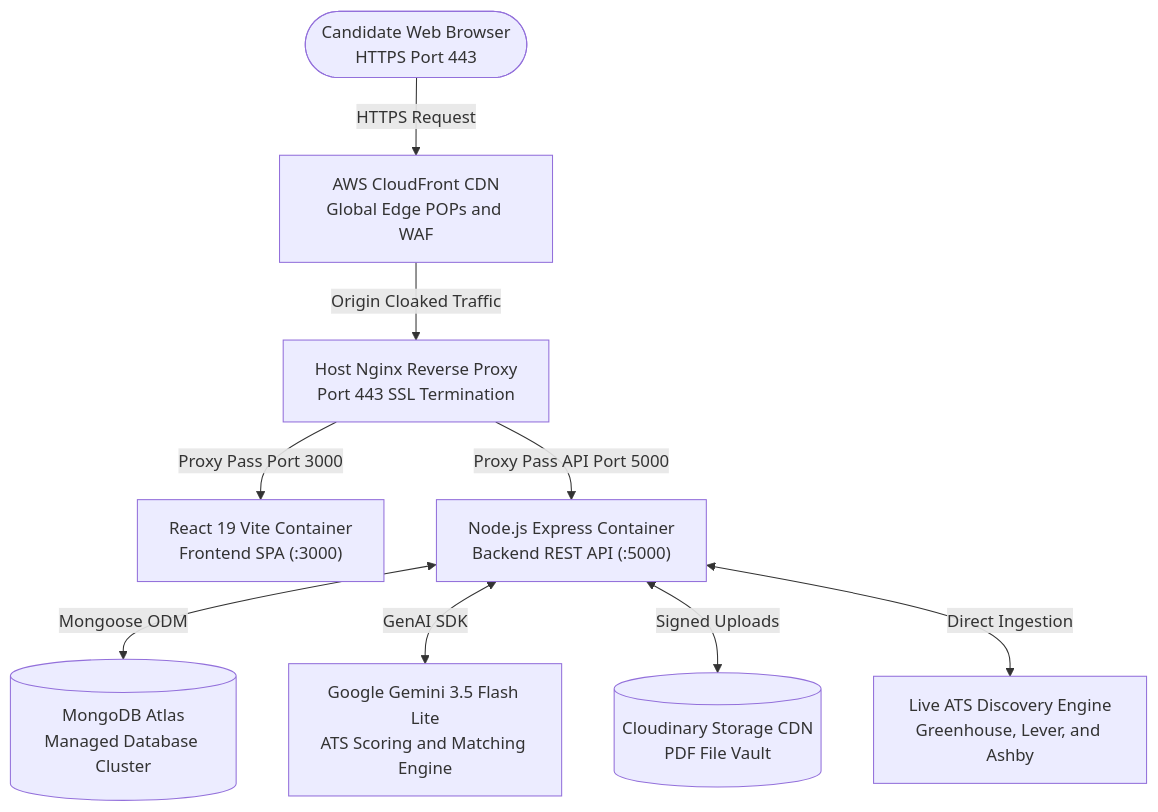
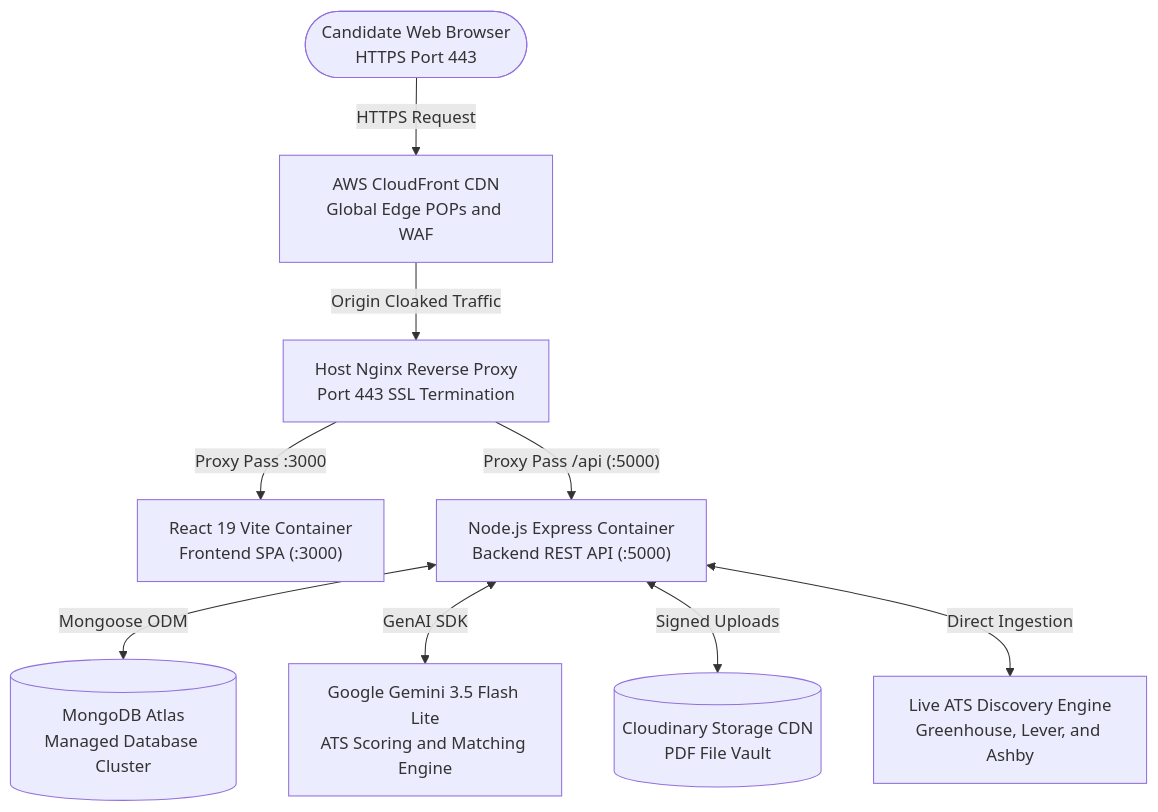
One commit to TusharSaini999/Resume-Saathi changed the first of 2 diagrams in README.md. Above: the diagram before and after it, drawn with Mermaid.

Commit message:
Fix formatting of Nginx proxy pass description (#99)

````diff
--- a/README.md
+++ b/README.md
@@ -20,21 +20,21 @@
 ```mermaid
 flowchart TD
   User(["Candidate Web Browser<br/>HTTPS Port 443"])
   CF["AWS CloudFront CDN<br/>Global Edge POPs and WAF"]
   Nginx["Host Nginx Reverse Proxy<br/>Port 443 SSL Termination"]
   FE["React 19 Vite Container<br/>Frontend SPA (:3000)"]
   BE["Node.js Express Container<br/>Backend REST API (:5000)"]
   DB[("MongoDB Atlas<br/>Managed Database Cluster")]
   AI["Google Gemini 3.5 Flash Lite<br/>ATS Scoring and Matching Engine"]
   Cloudinary[("Cloudinary Storage CDN<br/>PDF File Vault")]
   ATS["Live ATS Discovery Engine<br/>Greenhouse, Lever, and Ashby"]
 
   User -->|HTTPS Request| CF
   CF -->|Origin Cloaked Traffic| Nginx
-  Nginx -->|Proxy Pass Port 3000| FE
-  Nginx -->|Proxy Pass API Port 5000| BE
+  Nginx -->|Proxy Pass :3000| FE
+  Nginx -->|"Proxy Pass /api (:5000)"| BE
   BE <-->|Mongoose ODM| DB
   BE <-->|GenAI SDK| AI
   BE <-->|Signed Uploads| Cloudinary
   BE <-->|Direct Ingestion| ATS
 ```
````
